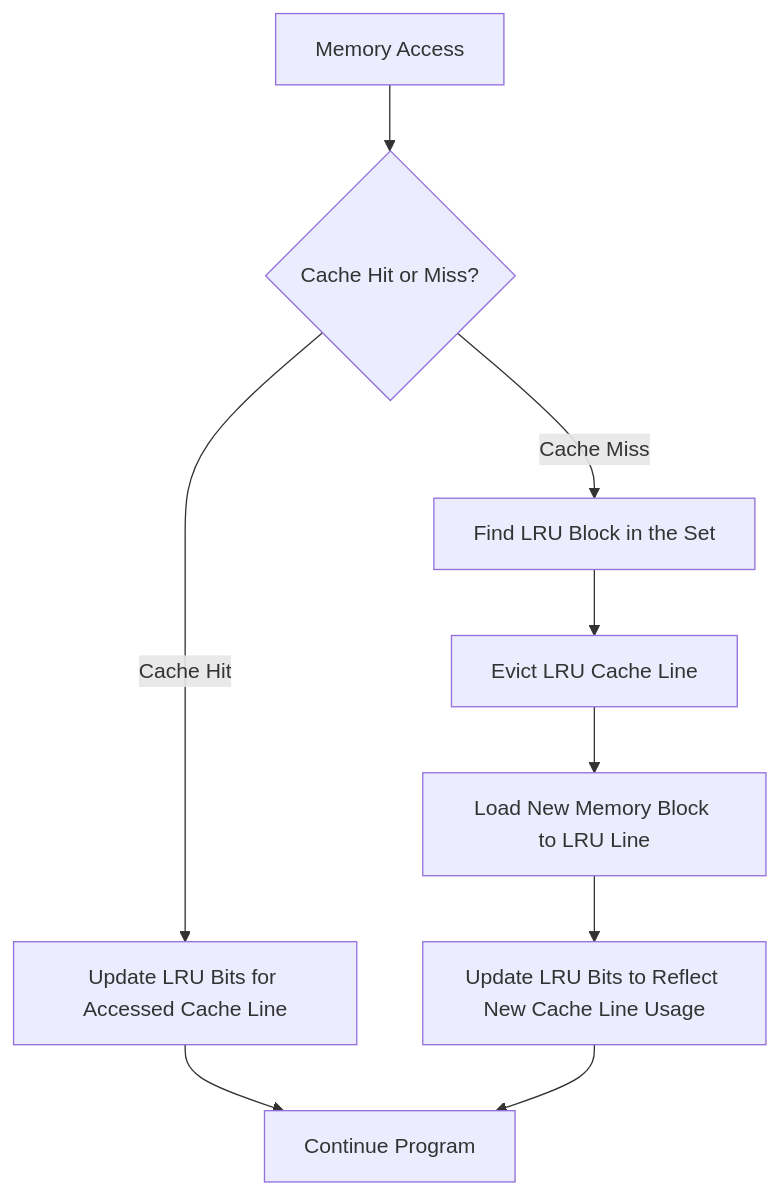
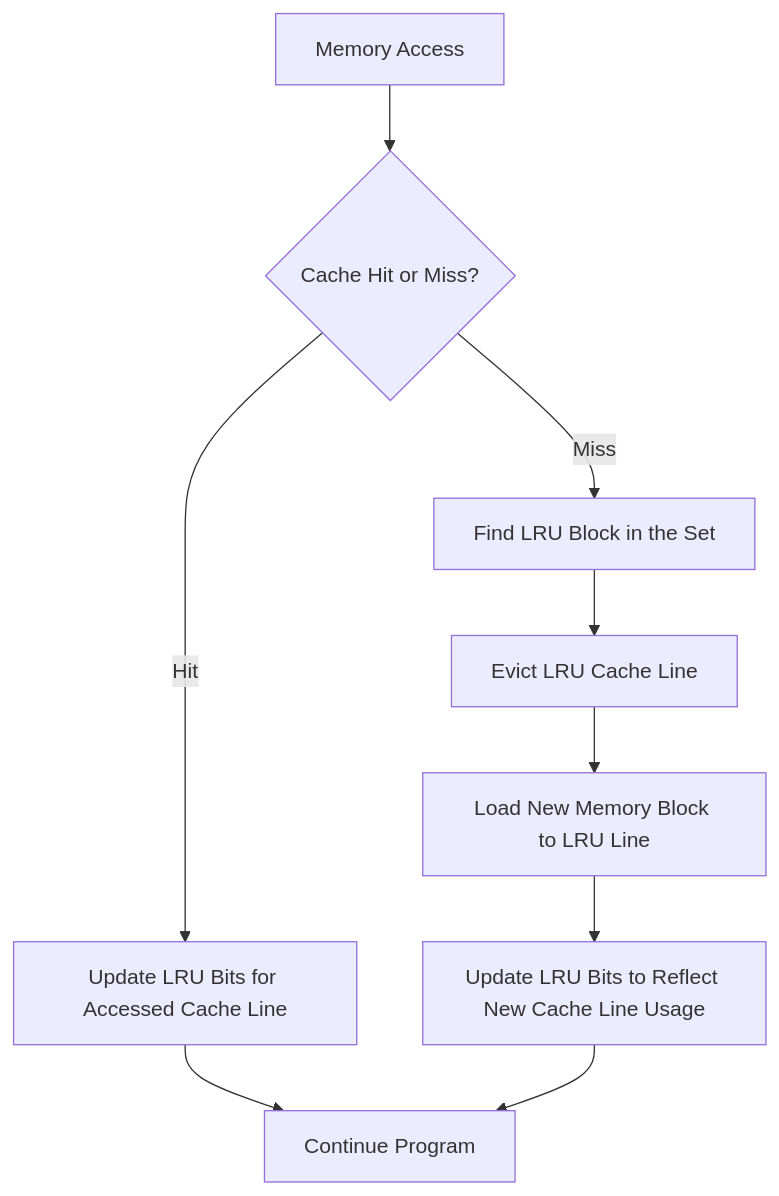
Before and after one commit to opnuub/iac-riscv-cw-24: the diagram in Michael.md, drawn with Mermaid. The commit also changed other lines of this file and 7 other files, not shown here.

````diff
--- a/Michael.md
+++ b/Michael.md
@@ -346,11 +346,11 @@
 ```mermaid
 flowchart TD
     A[Memory Access] --> B{Cache Hit or Miss?}
-    B -->|Cache Hit| C[Update LRU Bits for Accessed Cache Line]
-    B -->|Cache Miss| D[Find LRU Block in the Set]
+    B -->|Hit| C[Update LRU Bits for Accessed Cache Line]
+    B -->|Miss| D[Find LRU Block in the Set]
     C --> E[Continue Program]
     D --> F[Evict LRU Cache Line]
     F --> G[Load New Memory Block to LRU Line]
     G --> H[Update LRU Bits to Reflect New Cache Line Usage]
     H --> E
 ```
````
